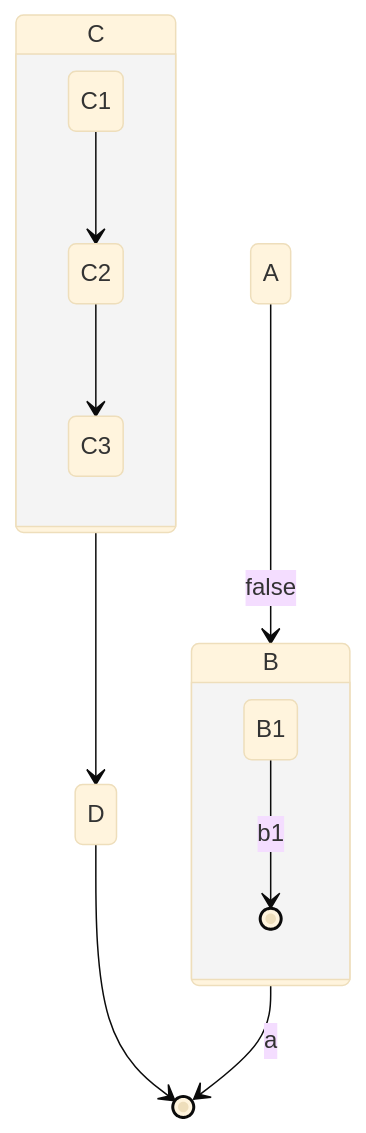
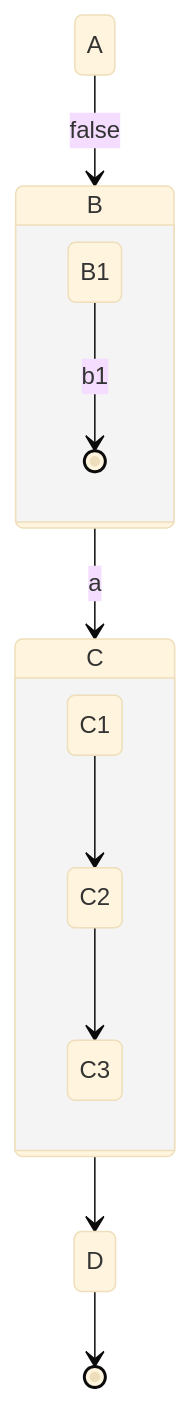
Before and after one commit to Wilfongjt/lb-A: the first of 3 diagrams in README.md, drawn with Mermaid.

````diff
--- a/README.md
+++ b/README.md
@@ -2,22 +2,22 @@
 ```mermaid
 %%{init: {'securityLevel': 'loose', 'theme':'base'}}%%
 stateDiagram
  
 
     state B  {
         
         B1 --> [*] : b1
     }
     state C  {
        
         C1 --> C2
         C2 --> C3
     }
  
  
     A --> B : false
-    B --> [*] : a
+    B --> C : a
     C --> D
     D --> [*]
  
 ```
````
